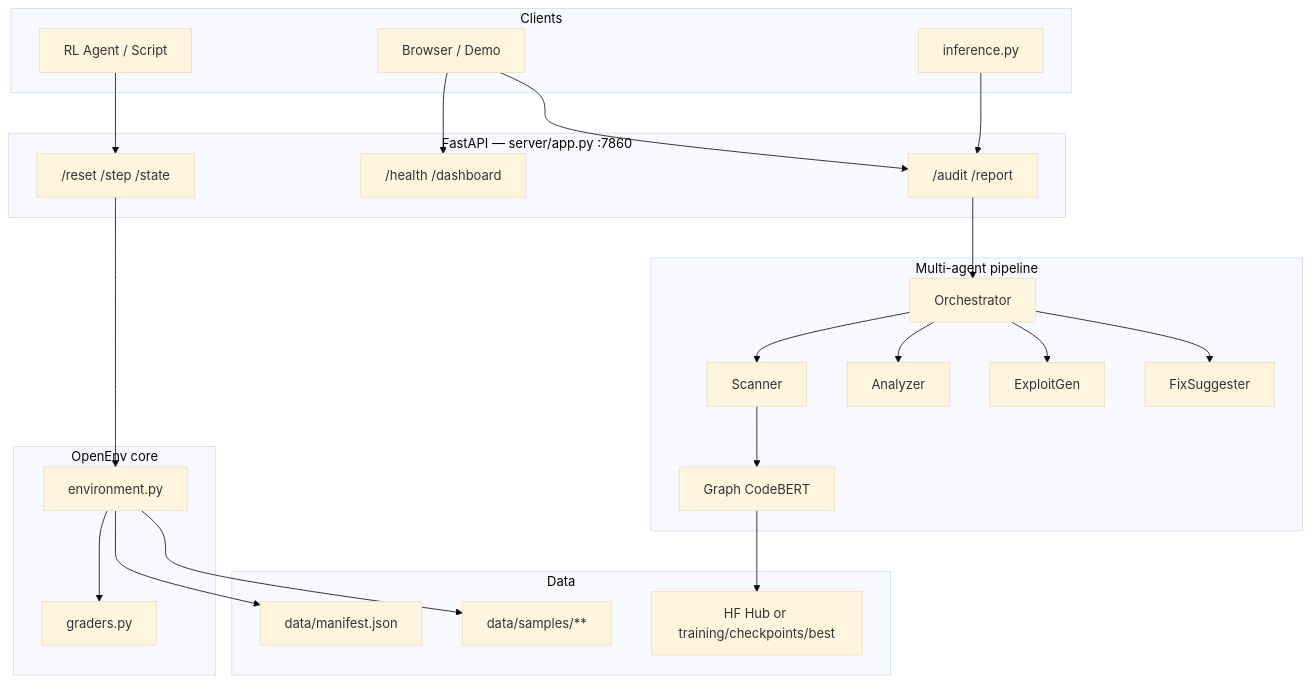
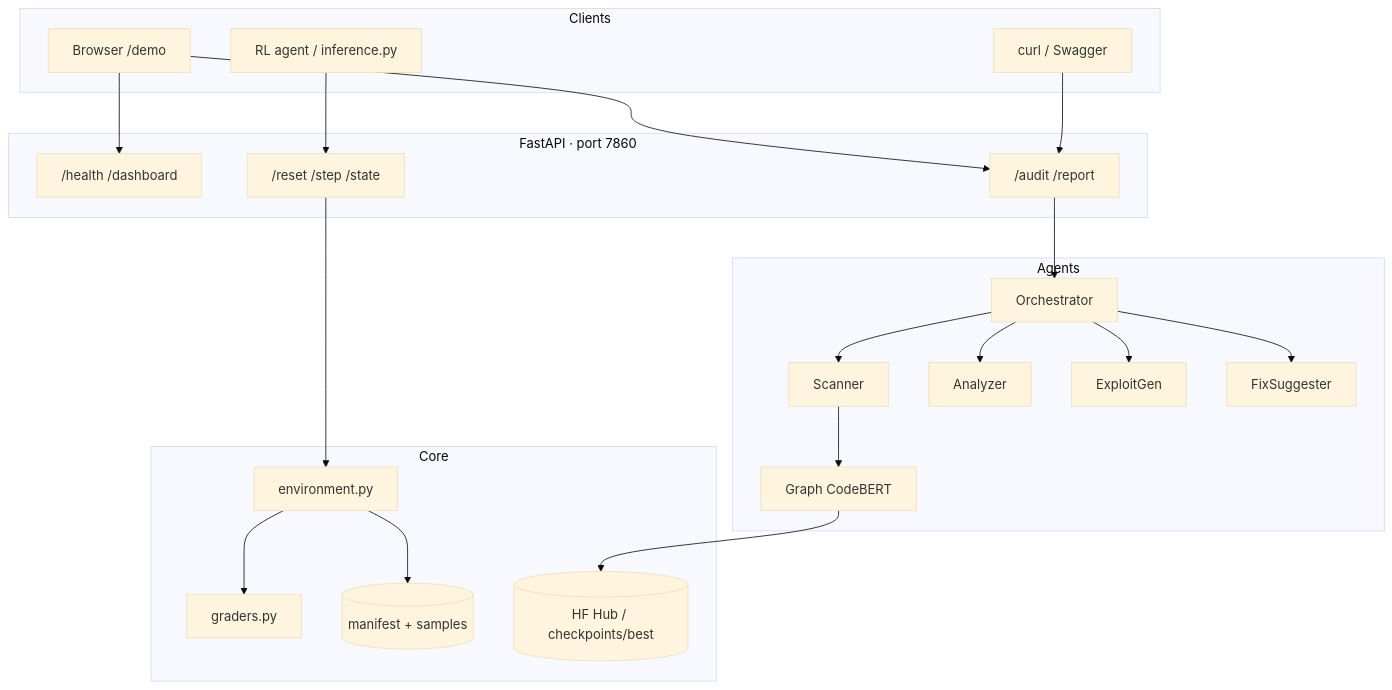
The fourth of 13 diagrams in README.md (tanaymitra54/solidity_guard_razorpay), drawn with Mermaid (base theme) before and after one commit. The commit also changed other lines of this file, not shown here.

First line of the commit message:
docs: prize-style README with charts and architecture diagrams

````diff
--- a/README.md
+++ b/README.md
@@ -51,50 +110,45 @@
 ```mermaid
 flowchart TB
     subgraph Clients
-        AG[RL Agent / Script]
-        UI[Browser / Demo]
-        INF[inference.py]
+        UI[Browser /demo]
+        AG[RL agent / inference.py]
+        CURL[curl / Swagger]
     end
 
-    subgraph API["FastAPI — server/app.py :7860"]
+    subgraph API["FastAPI · port 7860"]
         H["/health /dashboard"]
         R["/reset /step /state"]
-        AU["/audit /report"]
+        A["/audit /report"]
     end
 
-    subgraph Core["OpenEnv core"]
-        ENV[environment.py]
-        GR[graders.py]
-    end
-
-    subgraph Agents["Multi-agent pipeline"]
+    subgraph Agents
         ORCH[Orchestrator]
         SC[Scanner]
+        GCB[Graph CodeBERT]
         AN[Analyzer]
         EX[ExploitGen]
         FX[FixSuggester]
-        GCB[Graph CodeBERT]
     end
 
-    subgraph Data
-        MAN[data/manifest.json]
-        SAMP[data/samples/**]
-        CKPT["HF Hub or training/checkpoints/best"]
+    subgraph Core
+        ENV[environment.py]
+        GR[graders.py]
+        DATA[(manifest + samples)]
+        CKPT[(HF Hub / checkpoints/best)]
     end
 
+    UI --> H
+    UI --> A
+    CURL --> A
     AG --> R
-    UI --> H
-    UI --> AU
-    INF --> AU
     R --> ENV
-    AU --> ORCH
     ENV --> GR
-    ENV --> MAN
-    ENV --> SAMP
+    ENV --> DATA
+    A --> ORCH
     ORCH --> SC
     ORCH --> AN
     ORCH --> EX
     ORCH --> FX
     SC --> GCB
     GCB --> CKPT
 ```
````
